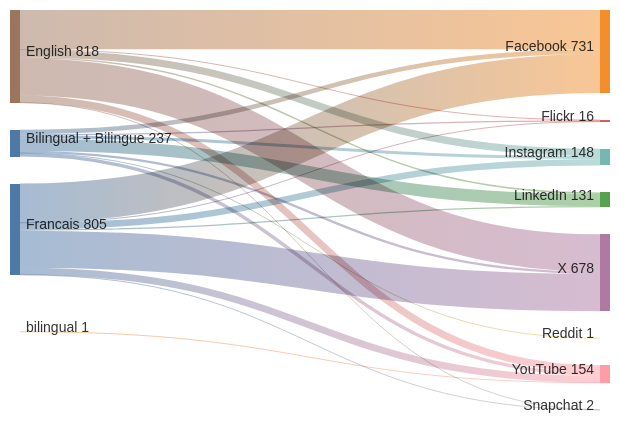
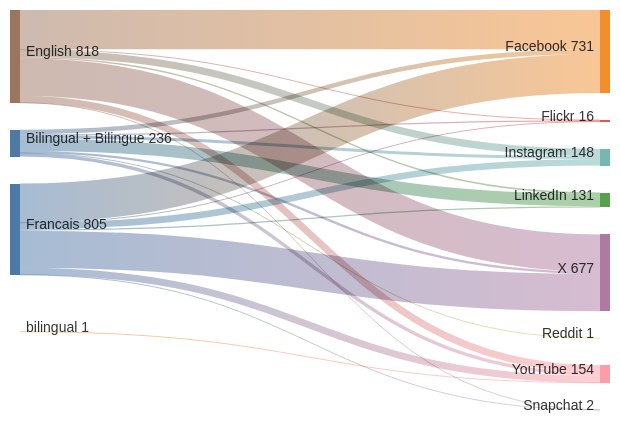
The diagram in sankey_diagram.md (PatLittle/GC-Socials), drawn with Mermaid before and after one commit.

Commit message:
Update Sankey diagram for the most recent day

````diff
--- a/sankey_diagram.md
+++ b/sankey_diagram.md
@@ -1,25 +1,25 @@
 ```mermaid
 sankey-beta
   Bilingual + Bilingue,Facebook,40
   Bilingual + Bilingue,Flickr,11
   Bilingual + Bilingue,Instagram,26
   Bilingual + Bilingue,LinkedIn,108
   Bilingual + Bilingue,Reddit,1
-  Bilingual + Bilingue,X,21
+  Bilingual + Bilingue,X,20
   Bilingual + Bilingue,YouTube,30
   English,Facebook,347
   English,Flickr,3
   English,Instagram,64
   English,LinkedIn,12
   English,Snapchat,1
   English,X,329
   English,YouTube,62
   Francais,Facebook,344
   Francais,Flickr,2
   Francais,Instagram,58
   Francais,LinkedIn,11
   Francais,Snapchat,1
   Francais,X,328
   Francais,YouTube,61
   bilingual,YouTube,1
 ```
````
